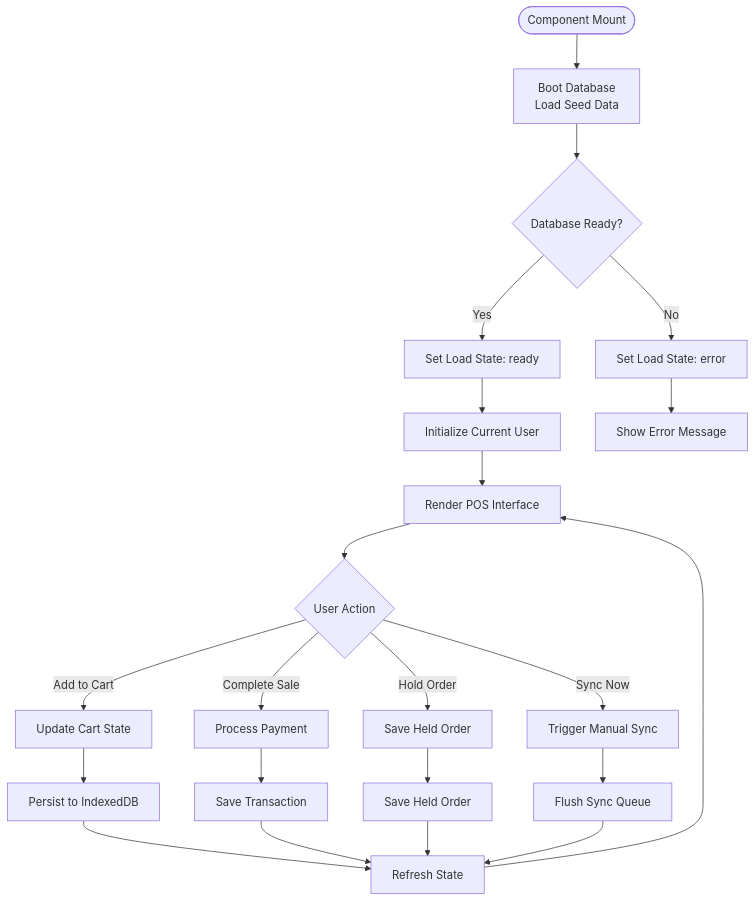
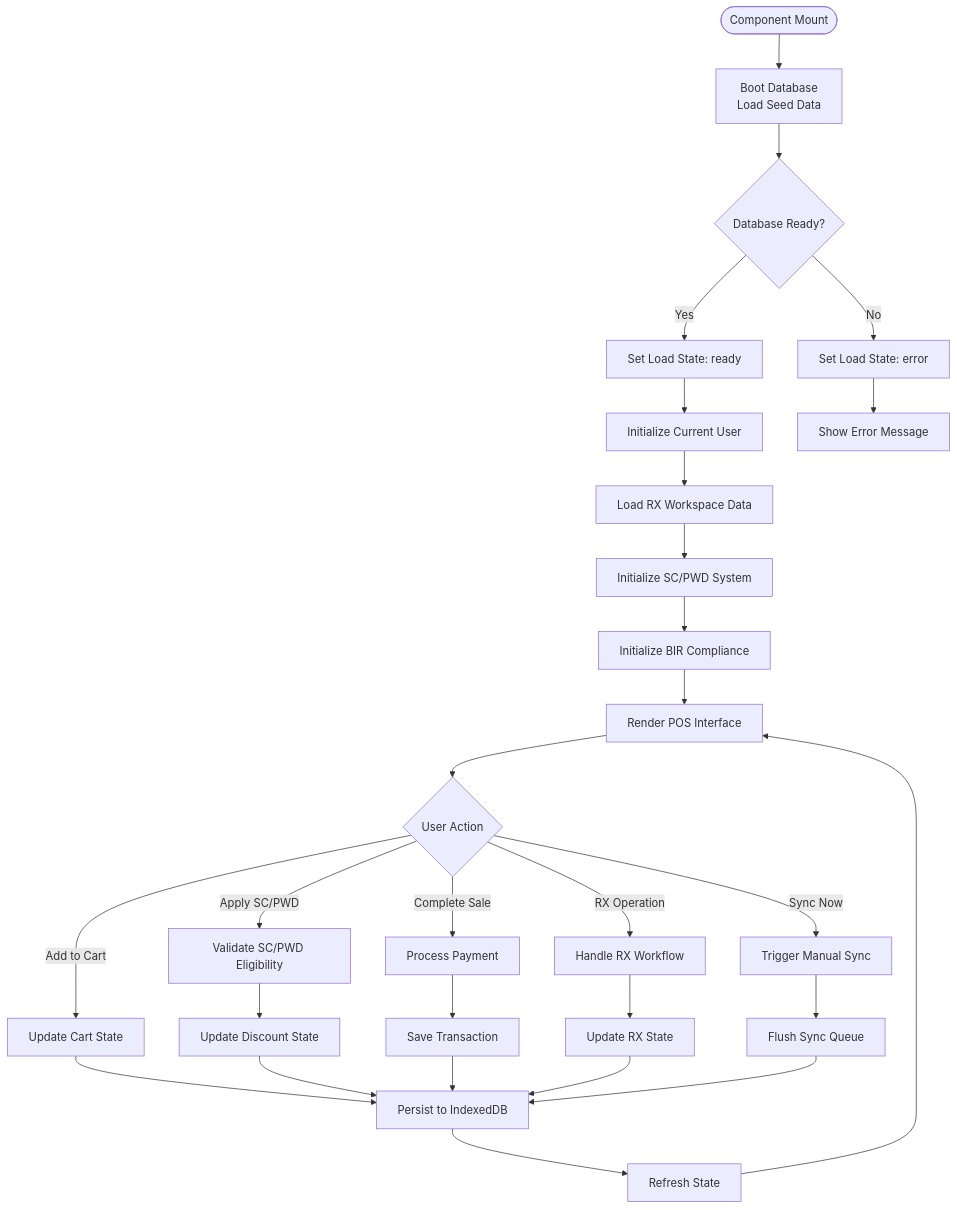
Before and after one commit to yosefdc7/PharmaPOS: the fifth of 6 diagrams in .qoder/repowiki/en/content/Frontend Interface/Next.js Web POS Prototype.md, drawn with Mermaid. The commit also changed other lines of this file and 11 other files, not shown here.

````diff
--- a/.qoder/repowiki/en/content/Frontend Interface/Next.js Web POS Prototype.md
+++ b/.qoder/repowiki/en/content/Frontend Interface/Next.js Web POS Prototype.md
@@ -276,24 +422,30 @@
 ```mermaid
 flowchart TD
 Start([Component Mount]) --> Boot["Boot Database<br/>Load Seed Data"]
 Boot --> Ready{"Database Ready?"}
 Ready --> |Yes| SetReady["Set Load State: ready"]
 Ready --> |No| SetError["Set Load State: error"]
 SetReady --> InitUser["Initialize Current User"]
-InitUser --> Render["Render POS Interface"]
+InitUser --> LoadRxData["Load RX Workspace Data"]
+LoadRxData --> InitScPwd["Initialize SC/PWD System"]
+InitScPwd --> InitCompliance["Initialize BIR Compliance"]
+InitCompliance --> Render["Render POS Interface"]
 SetError --> ShowError["Show Error Message"]
 Render --> UserAction{"User Action"}
 UserAction --> |Add to Cart| UpdateCart["Update Cart State"]
+UserAction --> |Apply SC/PWD| ValidateScPwd["Validate SC/PWD Eligibility"]
 UserAction --> |Complete Sale| ProcessSale["Process Payment"]
-UserAction --> |Hold Order| HoldOrder["Save Held Order"]
+UserAction --> |RX Operation| HandleRx["Handle RX Workflow"]
 UserAction --> |Sync Now| TriggerSync["Trigger Manual Sync"]
 UpdateCart --> Persist["Persist to IndexedDB"]
+ValidateScPwd --> UpdateDiscount["Update Discount State"]
 ProcessSale --> SaveTransaction["Save Transaction"]
-HoldOrder --> SaveHeld["Save Held Order"]
+HandleRx --> UpdateRxState["Update RX State"]
 TriggerSync --> FlushQueue["Flush Sync Queue"]
+UpdateDiscount --> Persist
+SaveTransaction --> Persist
+UpdateRxState --> Persist
+FlushQueue --> Persist
 Persist --> Refresh["Refresh State"]
-SaveTransaction --> Refresh
-SaveHeld --> Refresh
-FlushQueue --> Refresh
 Refresh --> Render
 ```
````
